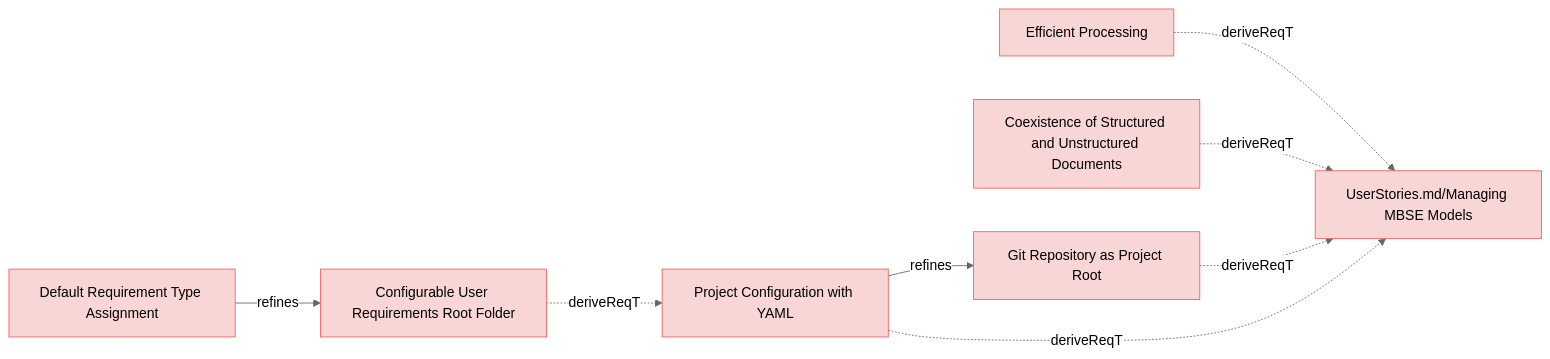
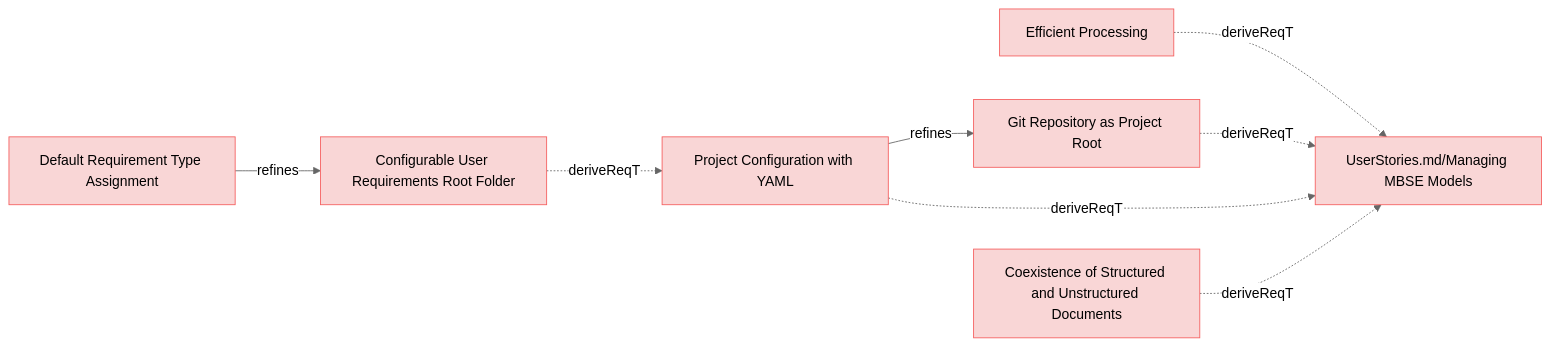
The diagram in specifications/ManagingMbseModelsRequirements.md (reqvire-org/reqvire), drawn with Mermaid (neutral theme) before and after one commit. The commit also changed other lines of this file and 29 other files, not shown here.

````diff
--- a/specifications/ManagingMbseModelsRequirements.md
+++ b/specifications/ManagingMbseModelsRequirements.md
@@ -4,37 +4,37 @@
 ```mermaid
 graph LR;
   %% Graph styling
   classDef requirement fill:#f9d6d6,stroke:#f55f5f,stroke-width:1px;
   classDef verification fill:#d6f9d6,stroke:#5fd75f,stroke-width:1px;
   classDef externalLink fill:#d0e0ff,stroke:#3080ff,stroke-width:1px;
   classDef default fill:#f5f5f5,stroke:#333333,stroke-width:1px;
 
-  c9cc6878a73bb951["Default Requirement Type Assignment"];
-  class c9cc6878a73bb951 requirement;
-  click c9cc6878a73bb951 "ManagingMbseModelsRequirements.md#default-requirement-type-assignment";
-  d9354ef2eca0f2d0["Configurable User Requirements Root Folder"];
-  class d9354ef2eca0f2d0 requirement;
-  click d9354ef2eca0f2d0 "ManagingMbseModelsRequirements.md#configurable-user-requirements-root-folder";
-  c9cc6878a73bb951 -->|refines| d9354ef2eca0f2d0;
-  16b4b380c917deb1["Project Configuration with YAML"];
-  class 16b4b380c917deb1 requirement;
-  click 16b4b380c917deb1 "ManagingMbseModelsRequirements.md#project-configuration-with-yaml";
-  d9354ef2eca0f2d0 -.->|deriveReqT| 16b4b380c917deb1;
   d193d11c43776bec["Efficient Processing"];
   class d193d11c43776bec requirement;
   click d193d11c43776bec "ManagingMbseModelsRequirements.md#efficient-processing";
   e61b7c1baa89bfc6["UserStories.md/Managing MBSE Models"];
   class e61b7c1baa89bfc6 requirement;
   click e61b7c1baa89bfc6 "UserStories.md#managing-mbse-models";
   d193d11c43776bec -.->|deriveReqT| e61b7c1baa89bfc6;
+  d9354ef2eca0f2d0["Configurable User Requirements Root Folder"];
+  class d9354ef2eca0f2d0 requirement;
+  click d9354ef2eca0f2d0 "ManagingMbseModelsRequirements.md#configurable-user-requirements-root-folder";
+  16b4b380c917deb1["Project Configuration with YAML"];
+  class 16b4b380c917deb1 requirement;
+  click 16b4b380c917deb1 "ManagingMbseModelsRequirements.md#project-configuration-with-yaml";
+  d9354ef2eca0f2d0 -.->|deriveReqT| 16b4b380c917deb1;
+  649d72765b13e14f["Git Repository as Project Root"];
+  class 649d72765b13e14f requirement;
+  click 649d72765b13e14f "ManagingMbseModelsRequirements.md#git-repository-as-project-root";
+  649d72765b13e14f -.->|deriveReqT| e61b7c1baa89bfc6;
+  c9cc6878a73bb951["Default Requirement Type Assignment"];
+  class c9cc6878a73bb951 requirement;
+  click c9cc6878a73bb951 "ManagingMbseModelsRequirements.md#default-requirement-type-assignment";
+  c9cc6878a73bb951 -->|refines| d9354ef2eca0f2d0;
+  16b4b380c917deb1 -.->|deriveReqT| e61b7c1baa89bfc6;
+  16b4b380c917deb1 -->|refines| 649d72765b13e14f;
   f0d721424636370e["Coexistence of Structured and Unstructured Documents"];
   class f0d721424636370e requirement;
   click f0d721424636370e "ManagingMbseModelsRequirements.md#coexistence-of-structured-and-unstructured-documents";
   f0d721424636370e -.->|deriveReqT| e61b7c1baa89bfc6;
-  649d72765b13e14f["Git Repository as Project Root"];
-  class 649d72765b13e14f requirement;
-  click 649d72765b13e14f "ManagingMbseModelsRequirements.md#git-repository-as-project-root";
-  649d72765b13e14f -.->|deriveReqT| e61b7c1baa89bfc6;
-  16b4b380c917deb1 -.->|deriveReqT| e61b7c1baa89bfc6;
-  16b4b380c917deb1 -->|refines| 649d72765b13e14f;
 ```
````
